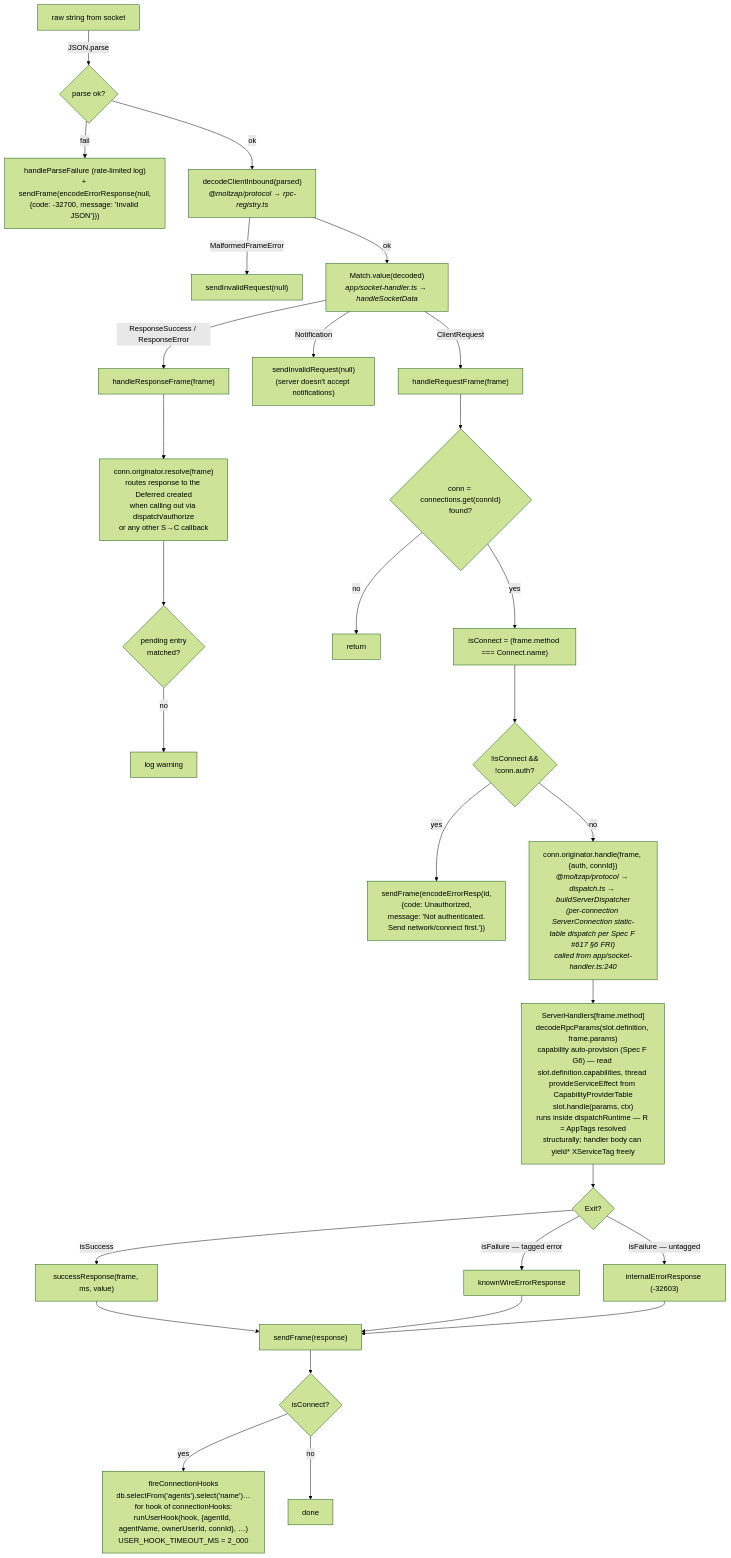
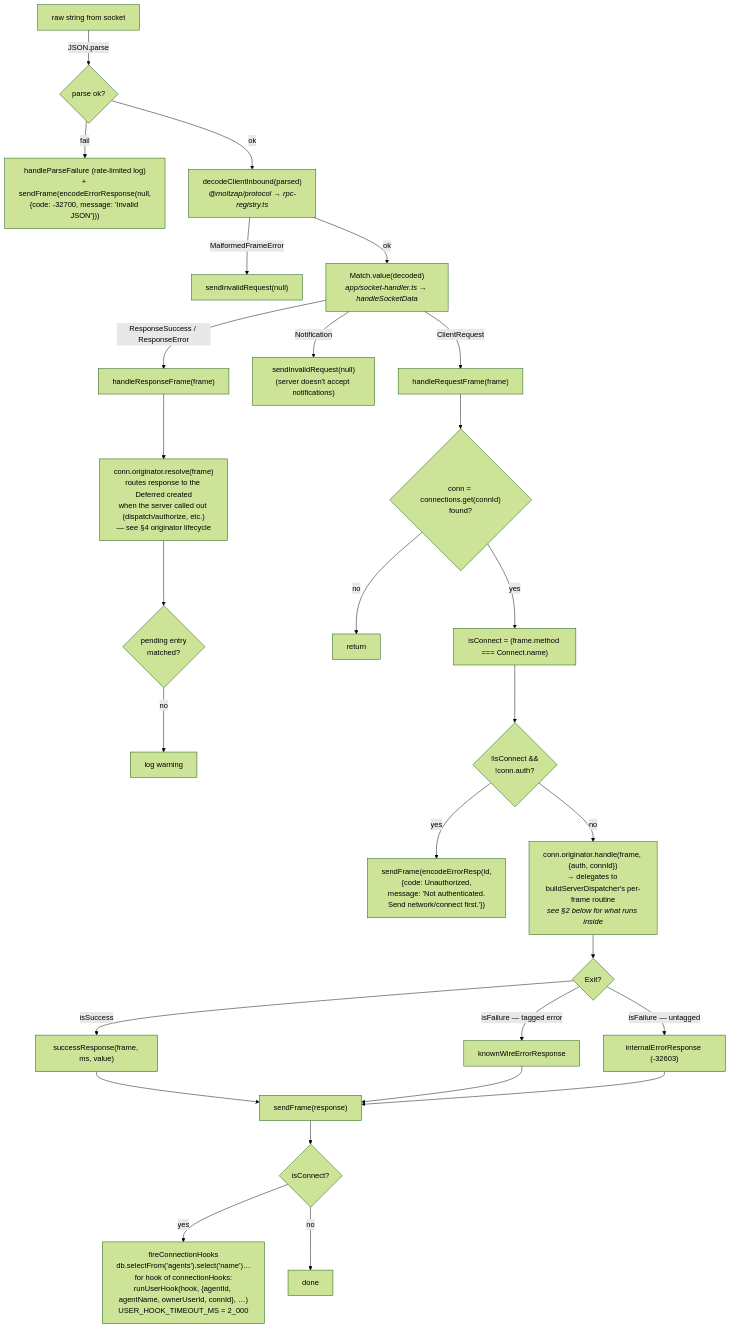
One commit to chughtapan/moltzap changed the first of 2 diagrams in packages/server/docs/architecture/03-request-response-handling.md. Above: the diagram before and after it, drawn with Mermaid (forest theme). The commit also changed other lines of this file and 6 other files, not shown here.

First line of the commit message:
docs: consolidate dispatch flow into server-side docs

````diff
--- a/packages/server/docs/architecture/03-request-response-handling.md
+++ b/packages/server/docs/architecture/03-request-response-handling.md
@@ -12,39 +31,37 @@
 ```mermaid
 flowchart TD
     A["raw string from socket"]
     A -->|"JSON.parse"| B{"parse ok?"}
     B -->|"fail"| B1["handleParseFailure (rate-limited log)<br/>+ sendFrame(encodeErrorResponse(null,<br/>{code: -32700, message: 'Invalid JSON'}))"]
     B -->|"ok"| C["decodeClientInbound(parsed)<br/><i>@moltzap/protocol → rpc-registry.ts</i>"]
     C -->|"MalformedFrameError"| C1["sendInvalidRequest(null)"]
     C -->|"ok"| D["Match.value(decoded)<br/><i>app/socket-handler.ts → handleSocketData</i>"]
 
     D -->|"ResponseSuccess / ResponseError"| E["handleResponseFrame(frame)"]
     D -->|"Notification"| D1["sendInvalidRequest(null)<br/>(server doesn't accept notifications)"]
     D -->|"ClientRequest"| F["handleRequestFrame(frame)"]
 
-    E --> E1["conn.originator.resolve(frame)<br/>routes response to the Deferred created<br/>when calling out via dispatch/authorize<br/>or any other S→C callback"]
+    E --> E1["conn.originator.resolve(frame)<br/>routes response to the Deferred created<br/>when the server called out (dispatch/authorize, etc.)<br/>— see §4 originator lifecycle"]
     E1 --> E2{"pending entry<br/>matched?"}
     E2 -->|"no"| E3["log warning"]
 
     F --> F1{"conn = connections.get(connId)<br/>found?"}
     F1 -->|"no"| F1a["return"]
     F1 -->|"yes"| F2["isConnect = (frame.method === Connect.name)"]
     F2 --> F3{"!isConnect &&<br/>!conn.auth?"}
     F3 -->|"yes"| F3a["sendFrame(encodeErrorResp(id,<br/>{code: Unauthorized,<br/>message: 'Not authenticated.<br/>Send network/connect first.'})"]
-    F3 -->|"no"| F4["conn.originator.handle(frame, {auth, connId})<br/><i>@moltzap/protocol → dispatch.ts → buildServerDispatcher<br/>(per-connection ServerConnection static-table dispatch per Spec F #617 §6 FRI)<br/>called from app/socket-handler.ts:240</i>"]
+    F3 -->|"no"| F4["conn.originator.handle(frame, {auth, connId})<br/>→ delegates to buildServerDispatcher's per-frame routine<br/><i>see §2 below for what runs inside</i>"]
 
-    F4 --> F5["ServerHandlers[frame.method]<br/>decodeRpcParams(slot.definition, frame.params)<br/>capability auto-provision (Spec F G6) — read slot.definition.capabilities, thread provideServiceEffect from CapabilityProviderTable<br/>slot.handle(params, ctx)<br/>runs inside dispatchRuntime — R = AppTags resolved<br/>structurally; handler body can yield* XServiceTag freely"]
+    F4 --> F5{"Exit?"}
+    F5 -->|"isSuccess"| F5a["successResponse(frame, ms, value)"]
+    F5 -->|"isFailure — tagged error"| F5b["knownWireErrorResponse"]
+    F5 -->|"isFailure — untagged"| F5c["internalErrorResponse (-32603)"]
 
-    F5 --> F6{"Exit?"}
-    F6 -->|"isSuccess"| F6a["successResponse(frame, ms, value)"]
-    F6 -->|"isFailure — tagged error"| F6b["knownWireErrorResponse"]
-    F6 -->|"isFailure — untagged"| F6c["internalErrorResponse (-32603)"]
-
-    F6a --> G["sendFrame(response)"]
-    F6b --> G
-    F6c --> G
+    F5a --> G["sendFrame(response)"]
+    F5b --> G
+    F5c --> G
 
     G --> H{"isConnect?"}
     H -->|"yes"| I["fireConnectionHooks<br/>db.selectFrom('agents').select('name')…<br/>for hook of connectionHooks:<br/>runUserHook(hook, {agentId, agentName, ownerUserId, connId}, …)<br/>USER_HOOK_TIMEOUT_MS = 2_000"]
     H -->|"no"| J["done"]
 ```
````
